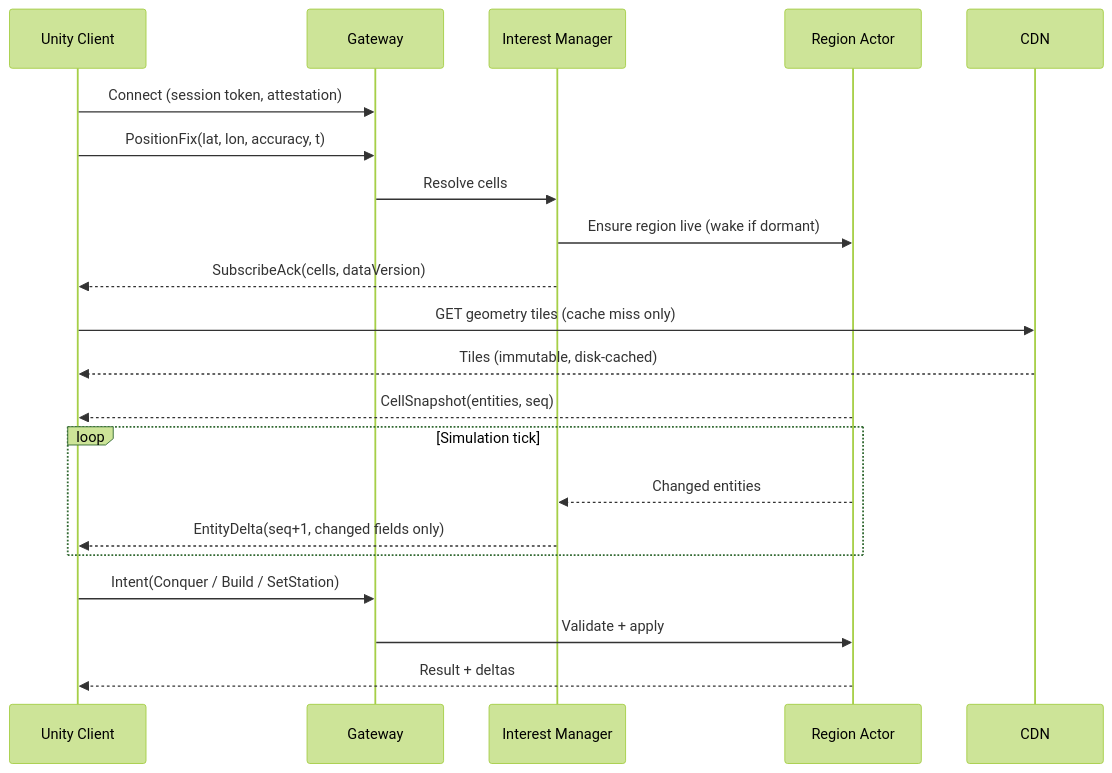
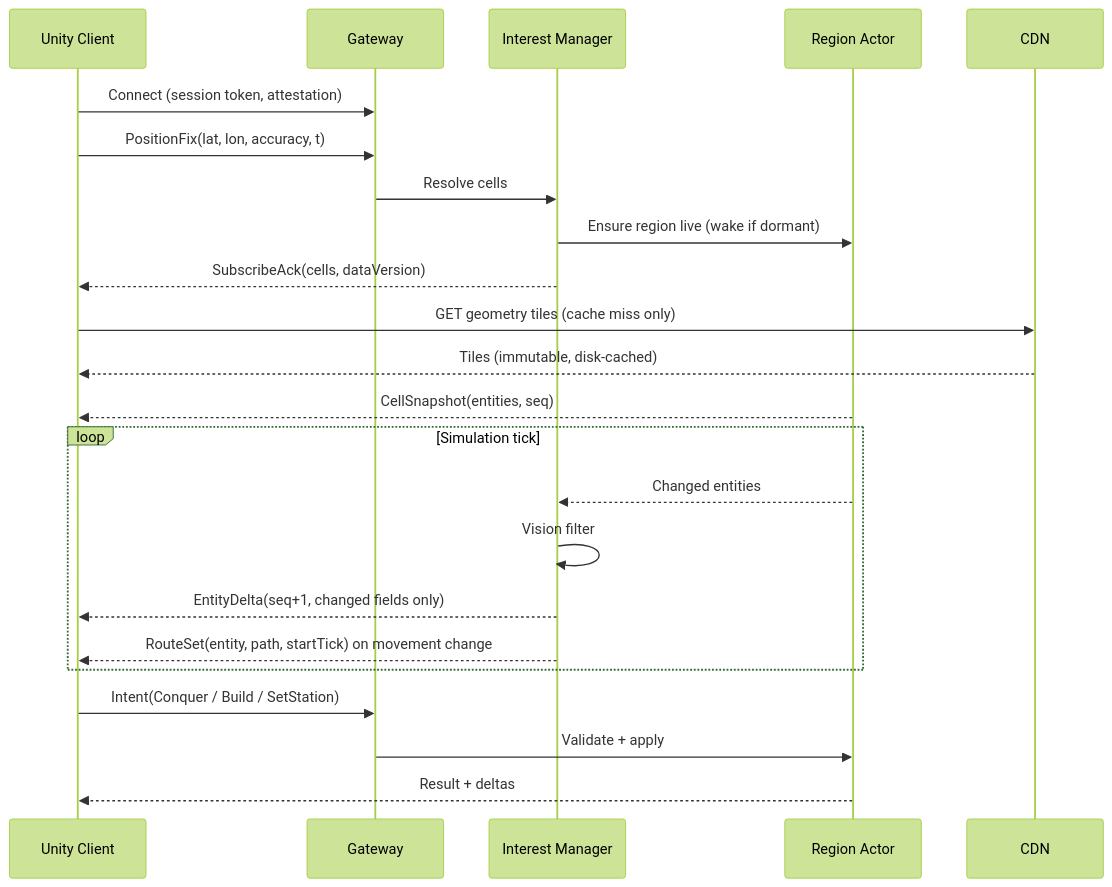
Before and after one commit to jhofer/ar-map-game: the fourth of 5 diagrams in docs/ARCHITECTURE.md, drawn with Mermaid (forest theme). The commit also changed other lines of this file and 2 other files, not shown here.

First line of the commit message:
Specify tile payload, entity streaming, and visibility rules

````diff
--- a/docs/ARCHITECTURE.md
+++ b/docs/ARCHITECTURE.md
@@ -267,24 +307,26 @@
 ```mermaid
 sequenceDiagram
     participant C as Unity Client
     participant G as Gateway
     participant IM as Interest Manager
     participant R as Region Actor
     participant CDN as CDN
 
     C->>G: Connect (session token, attestation)
     C->>G: PositionFix(lat, lon, accuracy, t)
     G->>IM: Resolve cells
     IM->>R: Ensure region live (wake if dormant)
     IM-->>C: SubscribeAck(cells, dataVersion)
     C->>CDN: GET geometry tiles (cache miss only)
     CDN-->>C: Tiles (immutable, disk-cached)
     R-->>C: CellSnapshot(entities, seq)
     loop Simulation tick
         R-->>IM: Changed entities
+        IM->>IM: Vision filter
         IM-->>C: EntityDelta(seq+1, changed fields only)
+        IM-->>C: RouteSet(entity, path, startTick) on movement change
     end
     C->>G: Intent(Conquer / Build / SetStation)
     G->>R: Validate + apply
     R-->>C: Result + deltas
 ```
````
